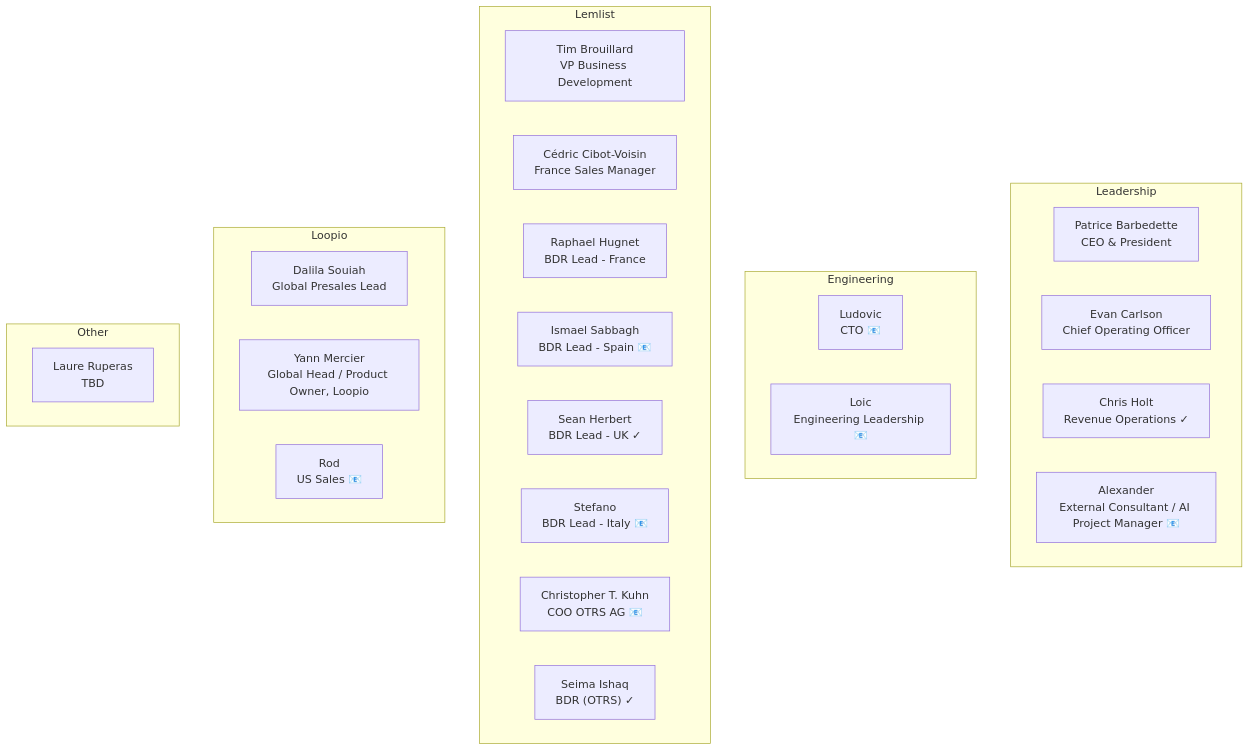
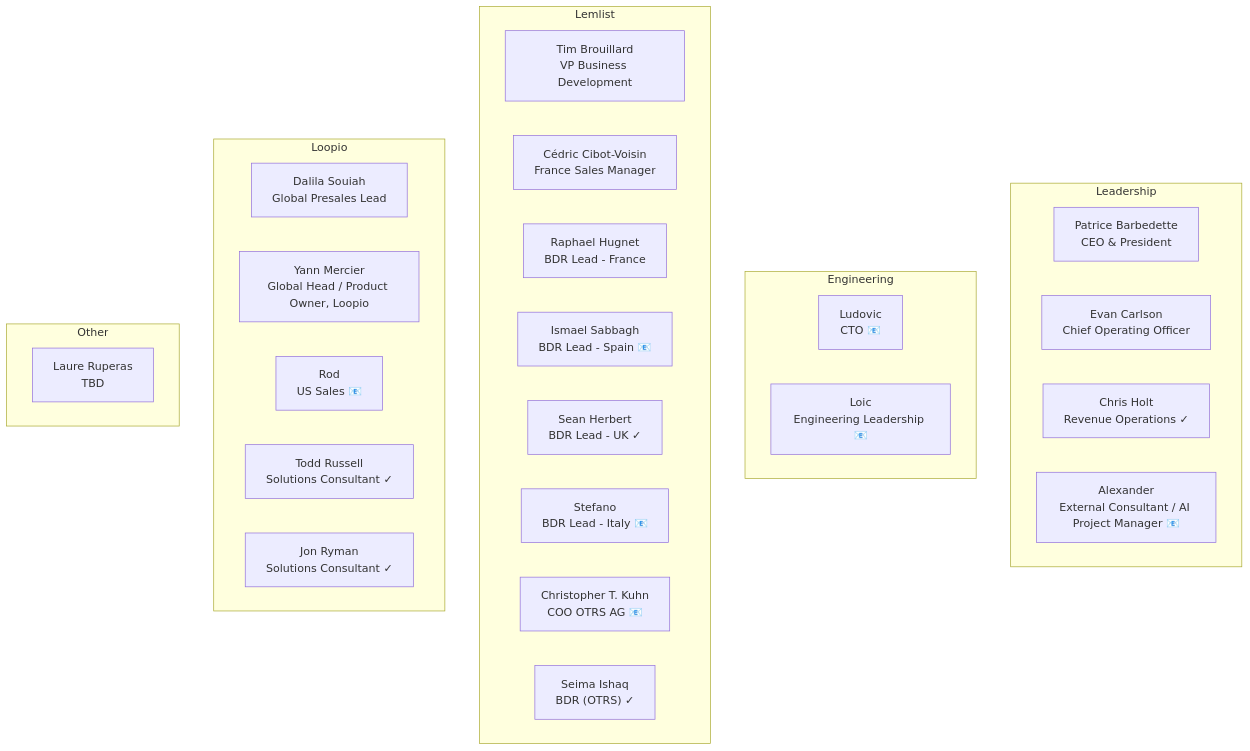
The diagram in easyvista-stakeholders.mermaid (pqsoccerboy17/EasyVista), drawn with Mermaid before and after one commit. The commit also changed 4 other files, not shown here.

````diff
--- a/easyvista-stakeholders.mermaid
+++ b/easyvista-stakeholders.mermaid
@@ -1,31 +1,33 @@
 ```mermaid
 flowchart TB
     subgraph Leadership
         Patrice_Barbedette["Patrice Barbedette<br/>CEO & President "]
         Evan_Carlson["Evan Carlson<br/>Chief Operating Officer "]
         Chris_Holt["Chris Holt<br/>Revenue Operations ✓"]
         Alexander["Alexander<br/>External Consultant / AI Project Manager 📧"]
     end
     subgraph Engineering
         Ludovic["Ludovic<br/>CTO 📧"]
         Loic["Loic<br/>Engineering Leadership 📧"]
     end
     subgraph Lemlist
         Tim_Brouillard["Tim Brouillard<br/>VP Business Development "]
         Cédric_Cibot-Voisin["Cédric Cibot-Voisin<br/>France Sales Manager "]
         Raphael_Hugnet["Raphael Hugnet<br/>BDR Lead - France "]
         Ismael_Sabbagh["Ismael Sabbagh<br/>BDR Lead - Spain 📧"]
         Sean_Herbert["Sean Herbert<br/>BDR Lead - UK ✓"]
         Stefano["Stefano<br/>BDR Lead - Italy 📧"]
         Christopher_T._Kuhn["Christopher T. Kuhn<br/>COO OTRS AG 📧"]
         Seima_Ishaq["Seima Ishaq<br/>BDR (OTRS) ✓"]
     end
     subgraph Loopio
         Dalila_Souiah["Dalila Souiah<br/>Global Presales Lead "]
         Yann_Mercier["Yann Mercier<br/>Global Head / Product Owner, Loopio "]
         Rod["Rod<br/>US Sales 📧"]
+        Todd_Russell["Todd Russell<br/>Solutions Consultant ✓"]
+        Jon_Ryman["Jon Ryman<br/>Solutions Consultant ✓"]
     end
     subgraph Other
         Laure_Ruperas["Laure Ruperas<br/>TBD "]
     end
 ```
````
